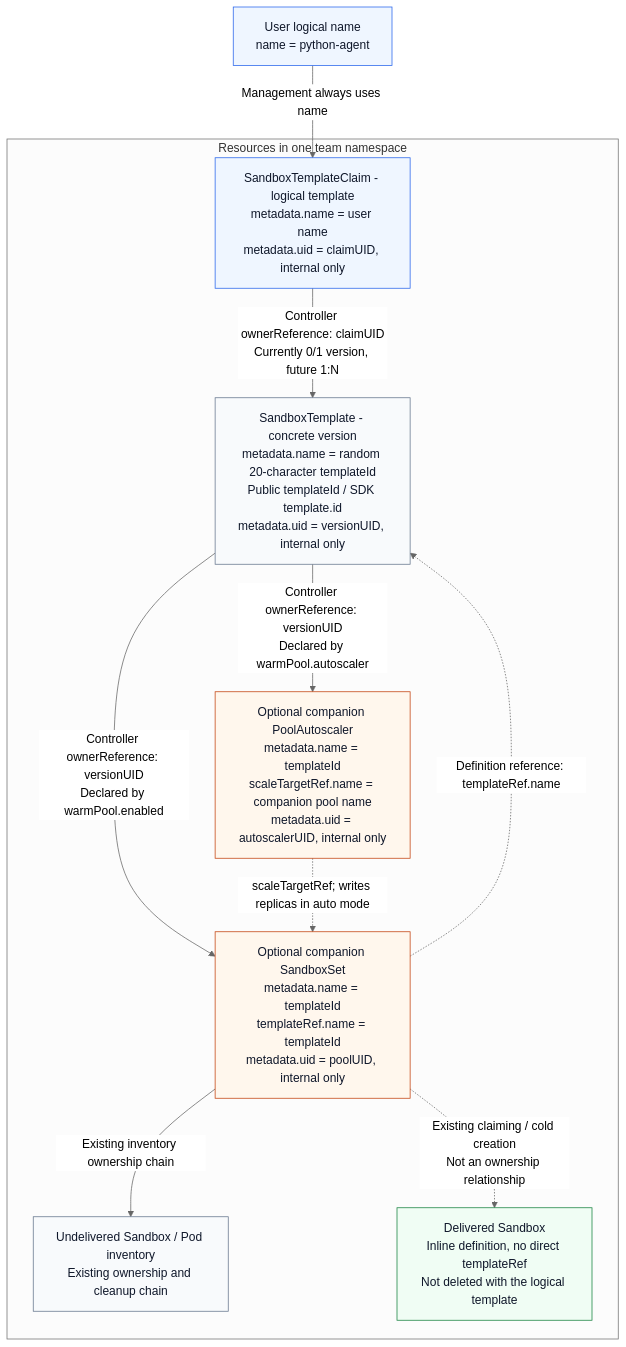
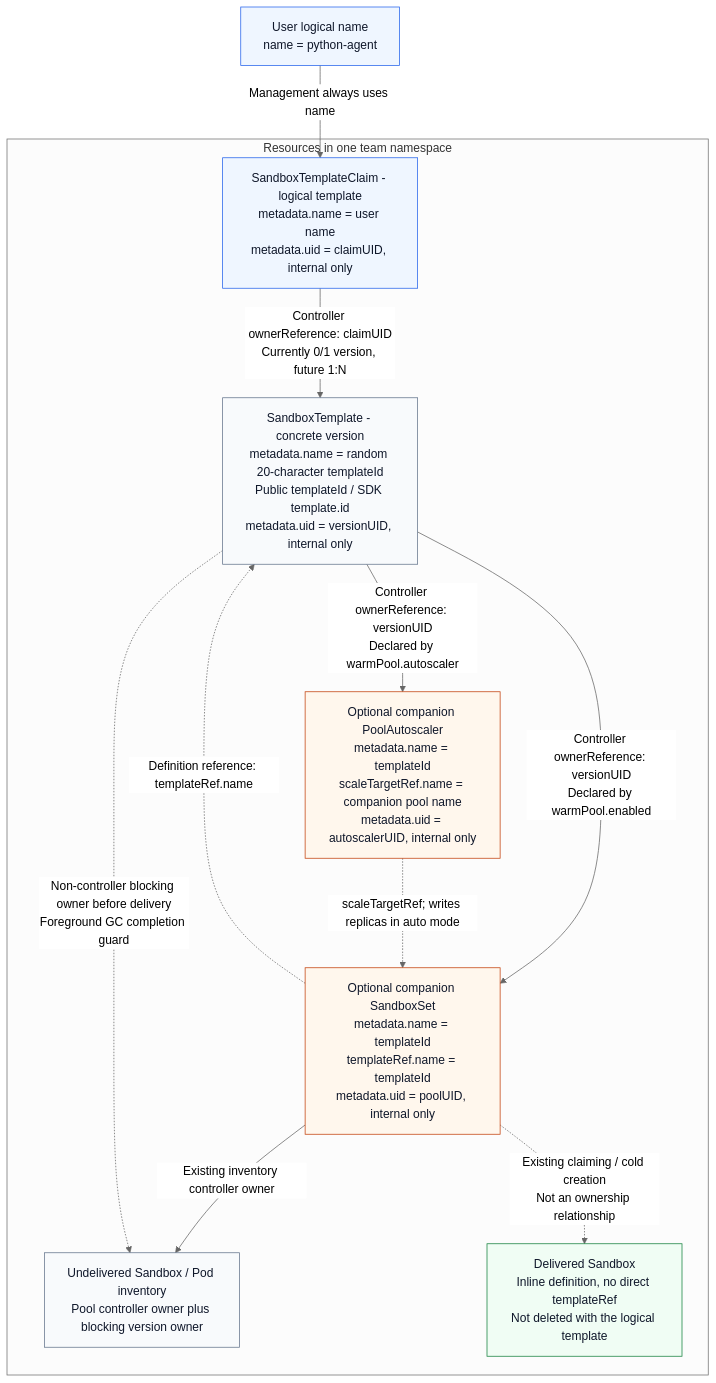
One commit to ywExcellent/agents changed the second of 3 diagrams in docs/proposals/20261113-custom-template-api.md. Above: the diagram before and after it, drawn with Mermaid (neutral theme). The commit also changed other lines of this file and 23 other files, not shown here.

First line of the commit message:
feat(template): implement custom template API and fixed-pool cleanup (P3-P5)

````diff
--- a/docs/proposals/20261113-custom-template-api.md
+++ b/docs/proposals/20261113-custom-template-api.md
@@ -218,29 +218,30 @@
 ```mermaid
 flowchart TB
     USER_NAME["User logical name<br/>name = python-agent"]
     subgraph TEAM["Resources in one team namespace"]
         CLAIM["SandboxTemplateClaim - logical template<br/>metadata.name = user name<br/>metadata.uid = claimUID, internal only"]
         VERSION["SandboxTemplate - concrete version<br/>metadata.name = random 20-character templateId<br/>Public templateId / SDK template.id<br/>metadata.uid = versionUID, internal only"]
         POOL["Optional companion SandboxSet<br/>metadata.name = templateId<br/>templateRef.name = templateId<br/>metadata.uid = poolUID, internal only"]
         AUTOSCALER["Optional companion PoolAutoscaler<br/>metadata.name = templateId<br/>scaleTargetRef.name = companion pool name<br/>metadata.uid = autoscalerUID, internal only"]
-        STOCK["Undelivered Sandbox / Pod inventory<br/>Existing ownership and cleanup chain"]
+        STOCK["Undelivered Sandbox / Pod inventory<br/>Pool controller owner plus blocking version owner"]
         DELIVERED["Delivered Sandbox<br/>Inline definition, no direct templateRef<br/>Not deleted with the logical template"]
     end
     USER_NAME -->|"Management always uses name"| CLAIM
     CLAIM -->|"Controller ownerReference: claimUID<br/>Currently 0/1 version, future 1:N"| VERSION
     VERSION -->|"Controller ownerReference: versionUID<br/>Declared by warmPool.enabled"| POOL
     VERSION -->|"Controller ownerReference: versionUID<br/>Declared by warmPool.autoscaler"| AUTOSCALER
     AUTOSCALER -.->|"scaleTargetRef; writes replicas in auto mode"| POOL
-    POOL -->|"Existing inventory ownership chain"| STOCK
+    POOL -->|"Existing inventory controller owner"| STOCK
+    VERSION -.->|"Non-controller blocking owner before delivery<br/>Foreground GC completion guard"| STOCK
     POOL -.->|"Definition reference: templateRef.name"| VERSION
     POOL -.->|"Existing claiming / cold creation<br/>Not an ownership relationship"| DELIVERED
 
     classDef logical fill:#eff6ff,stroke:#2563eb,color:#0f172a
     classDef physical fill:#f8fafc,stroke:#64748b,color:#0f172a
     classDef companion fill:#fff7ed,stroke:#c2410c,color:#0f172a
     classDef independent fill:#f0fdf4,stroke:#15803d,color:#0f172a
     class USER_NAME,CLAIM logical
     class VERSION,STOCK physical
     class POOL,AUTOSCALER companion
     class DELIVERED independent
 ```
````
